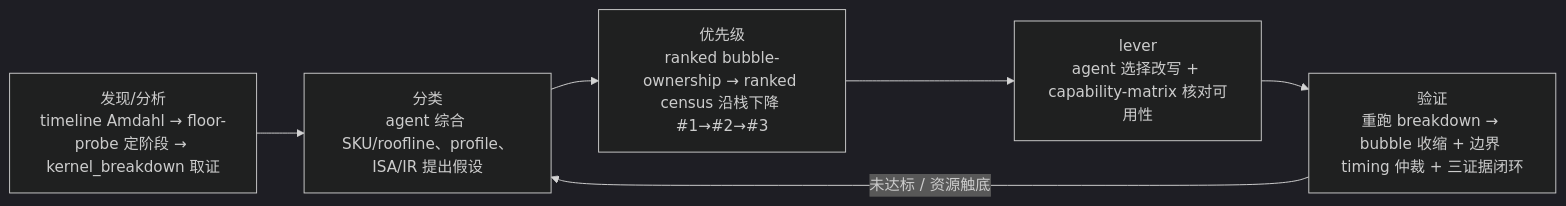
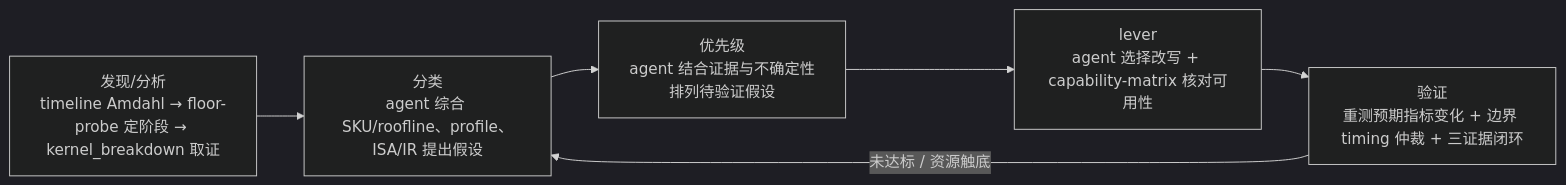
One commit to AMD-AGI/GEAK changed the diagram in perf_knowledge/expert_skills/skills/gluon_authoring/references/hardware/bound-class-signals.md. Above: the diagram before and after it, drawn with Mermaid (dark theme). The commit also changed other lines of this file and 21 other files, not shown here.

````diff
--- a/perf_knowledge/expert_skills/skills/gluon_authoring/references/hardware/bound-class-signals.md
+++ b/perf_knowledge/expert_skills/skills/gluon_authoring/references/hardware/bound-class-signals.md
@@ -70,10 +70,10 @@
 ```mermaid
 flowchart LR
   D["发现/分析<br/>timeline Amdahl → floor-probe 定阶段 → kernel_breakdown 取证"]
   C["分类<br/>agent 综合 SKU/roofline、profile、ISA/IR 提出假设"]
-  P["优先级<br/>ranked bubble-ownership → ranked census 沿栈下降 #1→#2→#3"]
+  P["优先级<br/>agent 结合证据与不确定性排列待验证假设"]
   L["lever<br/>agent 选择改写 + capability-matrix 核对可用性"]
-  V["验证<br/>重跑 breakdown → bubble 收缩 + 边界 timing 仲裁 + 三证据闭环"]
+  V["验证<br/>重测预期指标变化 + 边界 timing 仲裁 + 三证据闭环"]
   D --> C --> P --> L --> V
   V -->|未达标 / 资源触底| C
 ```
````
